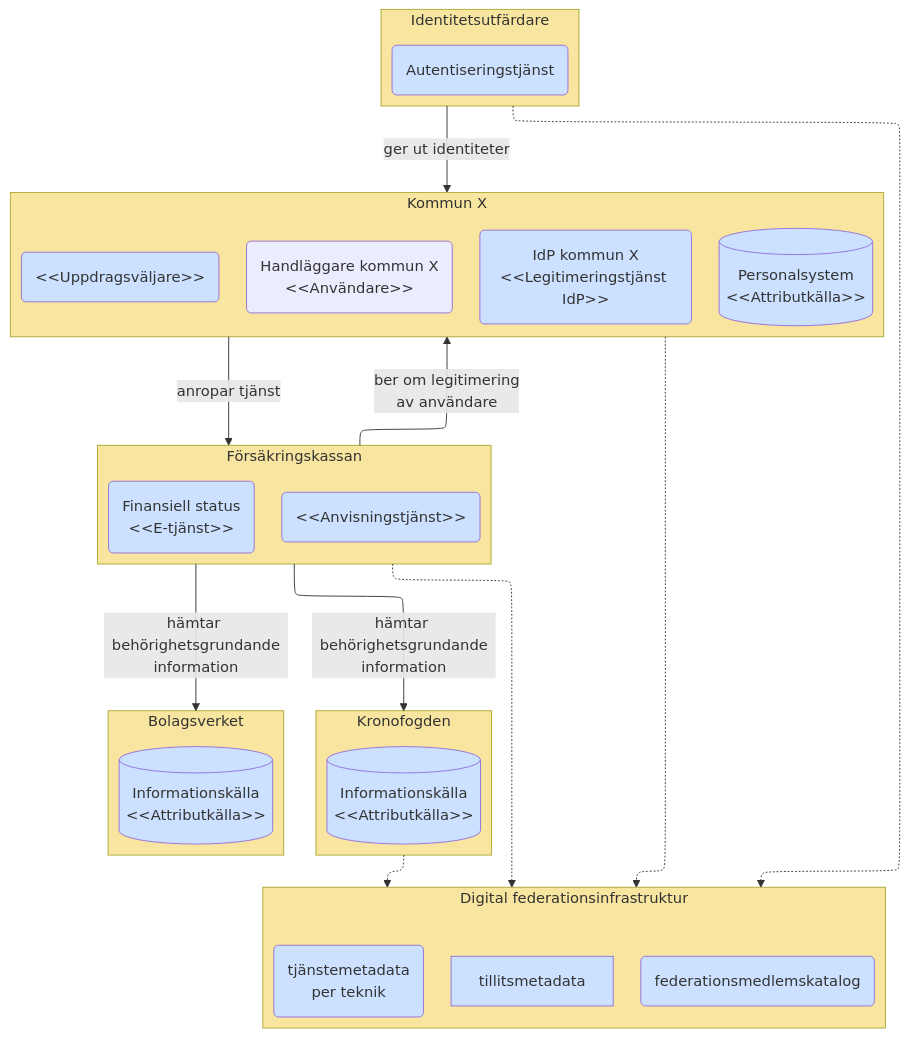
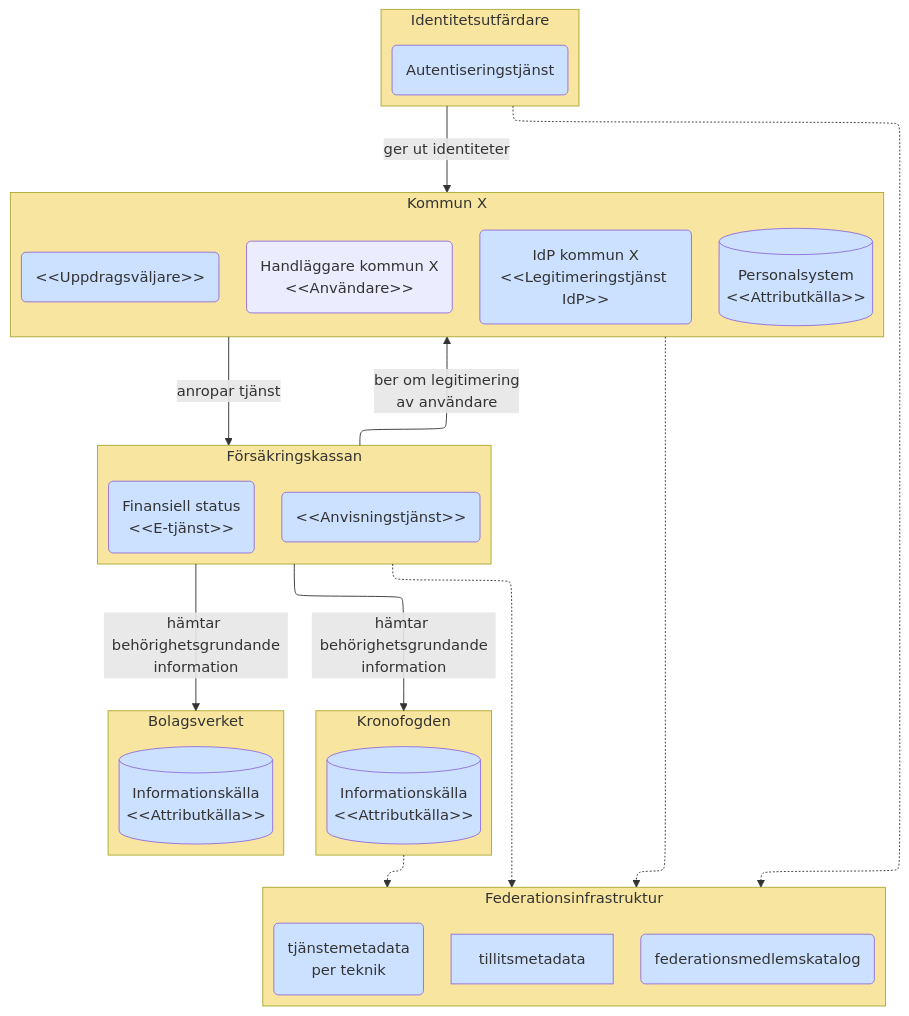
The tenth of 11 diagrams in architecture/drafts/IAM_TargetArchitecture_Sweden.md (diggsweden/ena-authorization), drawn with Mermaid before and after one commit. The commit also changed other lines of this file, not shown here.

````diff
--- a/architecture/drafts/IAM_TargetArchitecture_Sweden.md
+++ b/architecture/drafts/IAM_TargetArchitecture_Sweden.md
@@ -368,51 +368,51 @@
 ```mermaid
 %%{init: {"flowchart": {"defaultRenderer": "elk"}} }%%
 flowchart TB
 
 classDef org fill:#F8E5A0
 classDef comp fill:#CCE1FF
 classDef box fill:#ffffff,stroke:#000000
 
 subgraph xo[Kommun X]
     xu(Handläggare kommun X<br>&lt&ltAnvändare&gt&gt)
     xidp(IdP kommun X<br>&lt&ltLegitimeringstjänst IdP&gt&gt):::comp
     xuv(<p>&lt&ltUppdragsväljare&gt&gt):::comp
     xak[(Personalsystem<br>&lt&ltAttributkälla&gt&gt)]:::comp
 end
 xo:::org
 
 subgraph k[Kronofogden]
     kd[(Informationskälla<br>&lt&ltAttributkälla&gt&gt)]:::comp
 end
 k:::org
 
 subgraph b[Bolagsverket]
     bd[(Informationskälla<br>&lt&ltAttributkälla&gt&gt)]:::comp
 end
 b:::org
 
 subgraph fk[Försäkringskassan]
     fkt(Finansiell status<br>&lt&ltE-tjänst&gt&gt):::comp
     fka(<p>&lt&ltAnvisningstjänst&gt&gt):::comp
 end
 fk:::org
 
 subgraph id[Identitetsutfärdare]
     ida(Autentiseringstjänst):::comp
 end
 id:::org
 
-subgraph fed[Digital federationsinfrastruktur]
+subgraph fed[Federationsinfrastruktur]
     fedt[tillitsmetadata]:::comp
     fedmk(federationsmedlemskatalog):::comp
     fedprof(tjänstemetadata<br>per teknik):::comp
 end
 fed:::org
 
 id & fk & xo & k -.-> fed
 id--ger ut identiteter-->xo
 fk--ber om legitimering<br>av användare-->xo
 fk--hämtar behörighetsgrundande<br>information-->k & b
 xo--anropar tjänst--> fk
 
 ```
````
